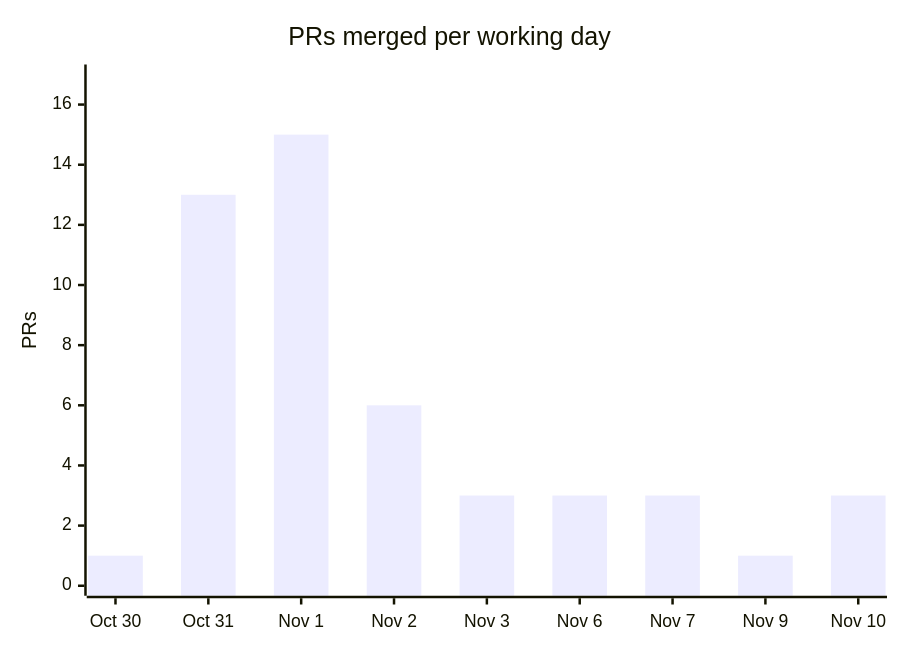
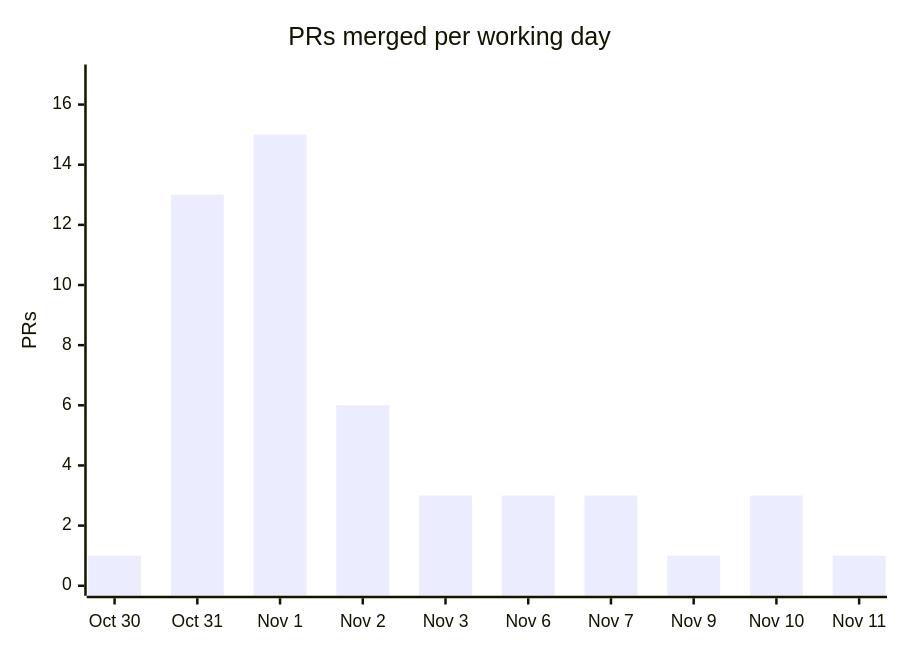
One commit to cmprssd/nfsh changed the fourth of 4 diagrams in docs/OVERVIEW.md. Above: the diagram before and after it, drawn with Mermaid. The commit also changed other lines of this file and 9 other files, not shown here.

````diff
--- a/docs/OVERVIEW.md
+++ b/docs/OVERVIEW.md
@@ -139,7 +139,7 @@
 ```mermaid
 xychart-beta
     title "PRs merged per working day"
-    x-axis ["Oct 30", "Oct 31", "Nov 1", "Nov 2", "Nov 3", "Nov 6", "Nov 7", "Nov 9", "Nov 10"]
+    x-axis ["Oct 30", "Oct 31", "Nov 1", "Nov 2", "Nov 3", "Nov 6", "Nov 7", "Nov 9", "Nov 10", "Nov 11"]
     y-axis "PRs" 0 --> 17
-    bar [1, 13, 15, 6, 3, 3, 3, 1, 3]
+    bar [1, 13, 15, 6, 3, 3, 3, 1, 3, 1]
 ```
````
